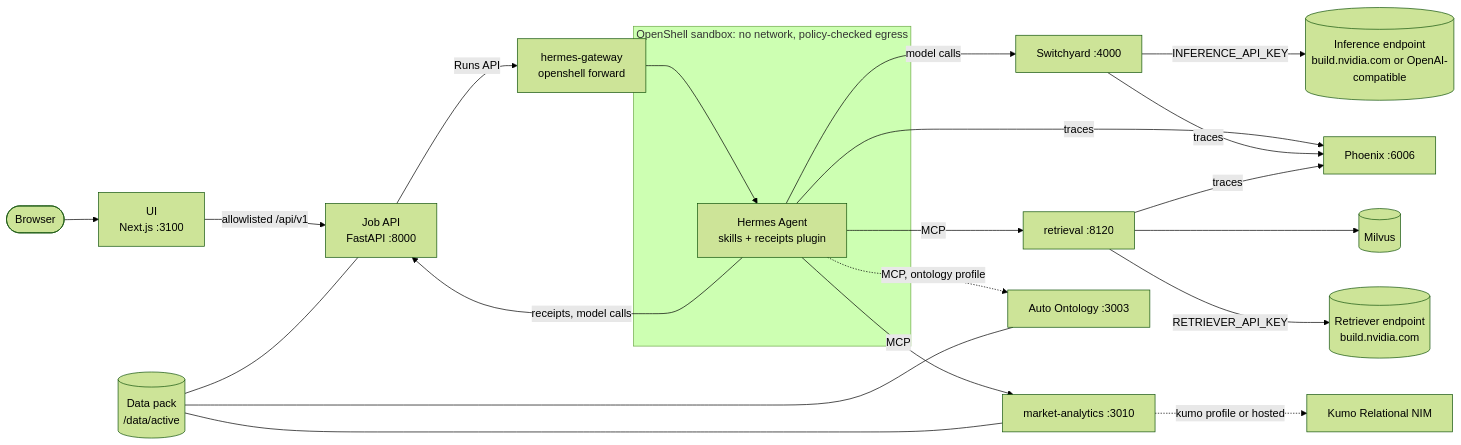
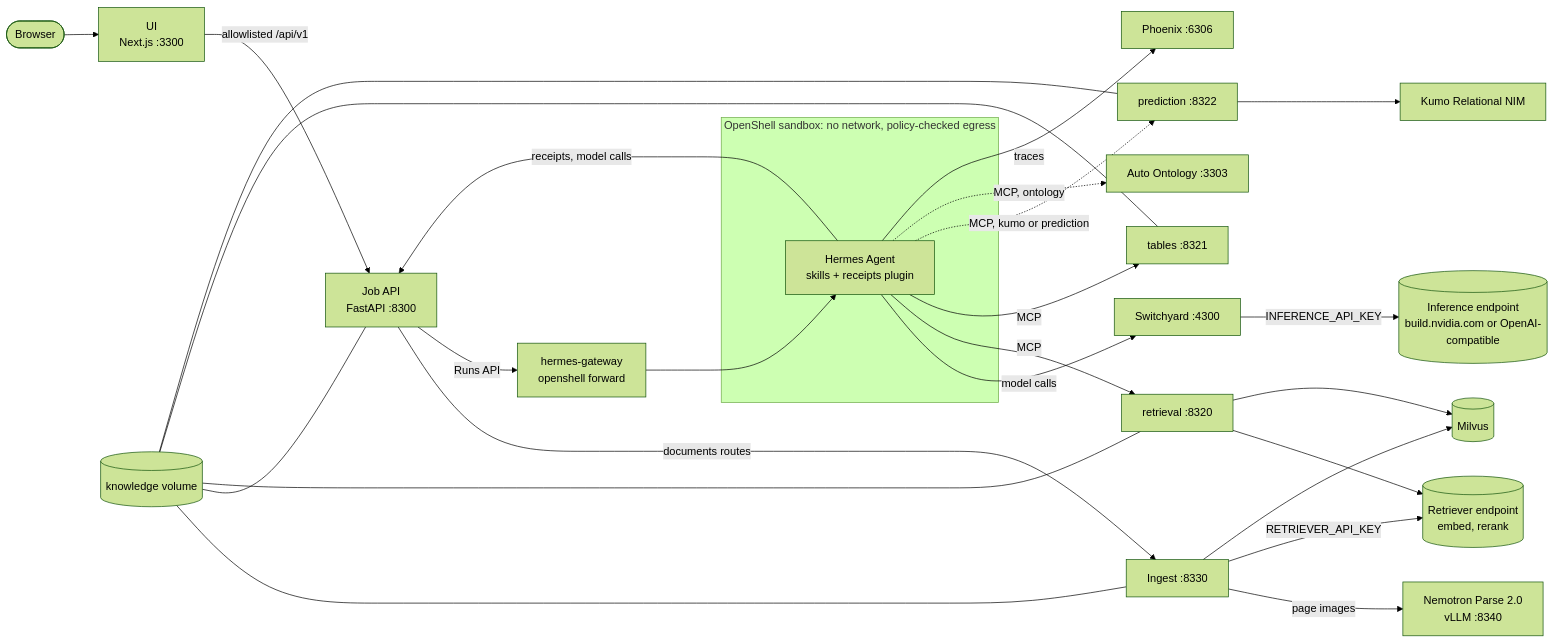
The first of 2 diagrams in docs/architecture.md (pastorsj/knowledge-foundation-demo), drawn with Mermaid (forest theme) before and after one commit. The commit also changed other lines of this file and 5 other files, not shown here.

First line of the commit message:
docs: architecture, ingestion and data packs for the knowledge catalog

````diff
--- a/docs/architecture.md
+++ b/docs/architecture.md
@@ -16,25 +17,30 @@
 ```mermaid
 flowchart LR
-    browser(["Browser"]) --> ui["UI<br/>Next.js :3100"]
-    ui -->|"allowlisted /api/v1"| api["Job API<br/>FastAPI :8000"]
+    browser(["Browser"]) --> ui["UI<br/>Next.js :3300"]
+    ui -->|"allowlisted /api/v1"| api["Job API<br/>FastAPI :8300"]
+    api -->|"documents routes"| ingest["Ingest :8330"]
     api -->|"Runs API"| fwd["hermes-gateway<br/>openshell forward"]
     subgraph sandbox ["OpenShell sandbox: no network, policy-checked egress"]
         hermes["Hermes Agent<br/>skills + receipts plugin"]
     end
     fwd --> hermes
-    hermes -->|"model calls"| switchyard["Switchyard :4000"]
+    hermes -->|"model calls"| switchyard["Switchyard :4300"]
     switchyard -->|"INFERENCE_API_KEY"| inference[("Inference endpoint<br/>build.nvidia.com or OpenAI-compatible")]
-    hermes -->|"MCP"| retrieval["retrieval :8120"]
-    hermes -->|"MCP"| analytics["market-analytics :3010"]
-    hermes -.->|"MCP, ontology profile"| ontology["Auto Ontology :3003"]
-    retrieval --> milvus[("Milvus")]
-    retrieval -->|"RETRIEVER_API_KEY"| retriever[("Retriever endpoint<br/>build.nvidia.com")]
-    analytics -.->|"kumo profile or hosted"| kumo["Kumo Relational NIM"]
+    hermes -->|MCP| retrieval["retrieval :8320"]
+    hermes -->|MCP| tables["tables :8321"]
+    hermes -.->|"MCP, kumo or prediction"| prediction["prediction :8322"]
+    hermes -.->|"MCP, ontology"| ontology["Auto Ontology :3303"]
+    ingest -->|"page images"| parse["Nemotron Parse 2.0<br/>vLLM :8340"]
+    ingest -->|"RETRIEVER_API_KEY"| retriever[("Retriever endpoint<br/>embed, rerank")]
+    retrieval --> retriever
+    ingest --> milvus[("Milvus")]
+    retrieval --> milvus
+    prediction --> kumo["Kumo Relational NIM"]
     hermes -->|"receipts, model calls"| api
-    hermes -->|"traces"| phoenix["Phoenix :6006"]
-    switchyard -->|"traces"| phoenix
-    retrieval -->|"traces"| phoenix
-    pack[("Data pack<br/>/data/active")] --- api
-    pack --- analytics
-    pack --- ontology
+    hermes -->|"traces"| phoenix["Phoenix :6306"]
+    knowledge[("knowledge volume")] --- ingest
+    knowledge --- api
+    knowledge --- retrieval
+    knowledge --- tables
+    knowledge --- prediction
 ```
````
